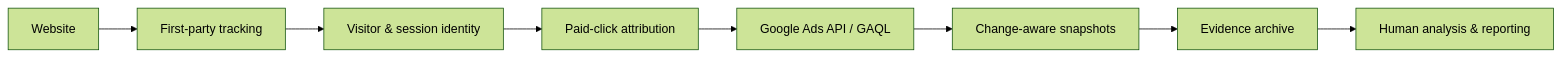
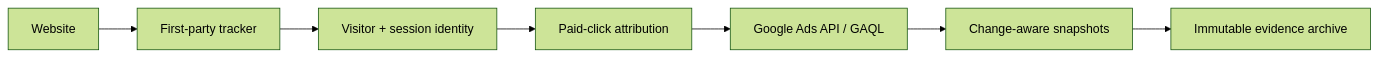
The first of 4 diagrams in portfolio/README.md (donzpixelz/donzpixelz), drawn with Mermaid (forest theme) before and after one commit. The commit also changed other lines of this file and 4 other files, not shown here.

````diff
--- a/portfolio/README.md
+++ b/portfolio/README.md
@@ -30,10 +24,9 @@
 ```mermaid
 flowchart LR
-    A[Website] --> B[First-party tracking]
-    B --> C[Visitor & session identity]
+    A[Website] --> B[First-party tracker]
+    B --> C[Visitor + session identity]
     C --> D[Paid-click attribution]
     D --> E[Google Ads API / GAQL]
     E --> F[Change-aware snapshots]
-    F --> G[Evidence archive]
-    G --> H[Human analysis & reporting]
+    F --> G[Immutable evidence archive]
 ```
````
